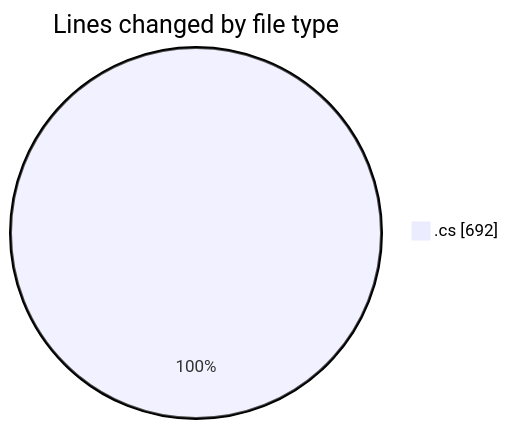
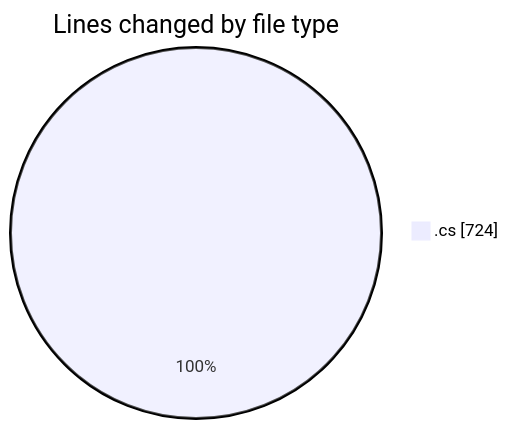
The first of 2 diagrams in 2025-04-03/back-end/README.md (Netris89/code-tracking), drawn with Mermaid before and after one commit. The commit also changed other lines of this file and 1 other file, not shown here.

````diff
--- a/2025-04-03/back-end/README.md
+++ b/2025-04-03/back-end/README.md
@@ -22,5 +22,5 @@
 ```mermaid
 pie showData
 title Lines changed by file type
-".cs" : 692
+".cs" : 724
 ```
````
